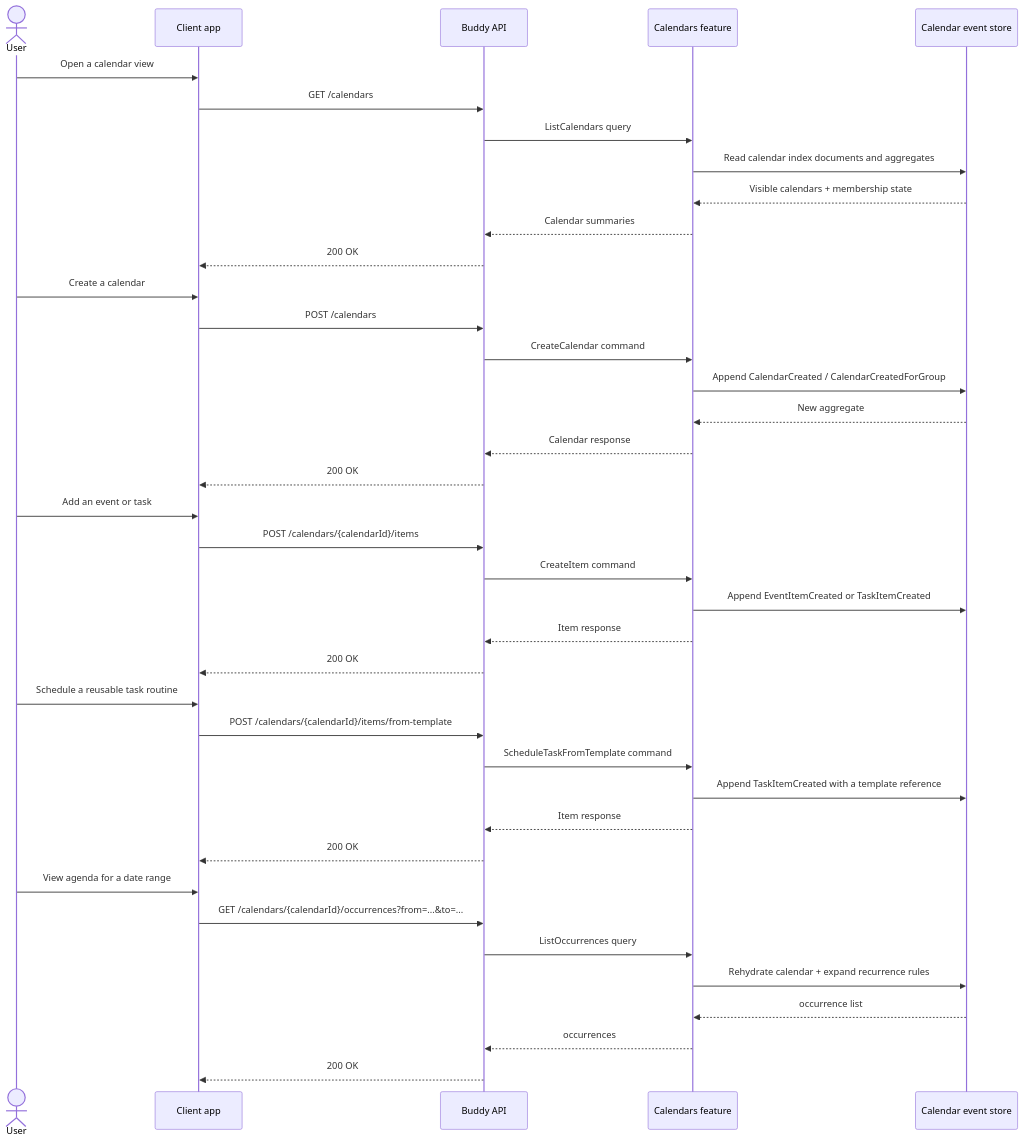
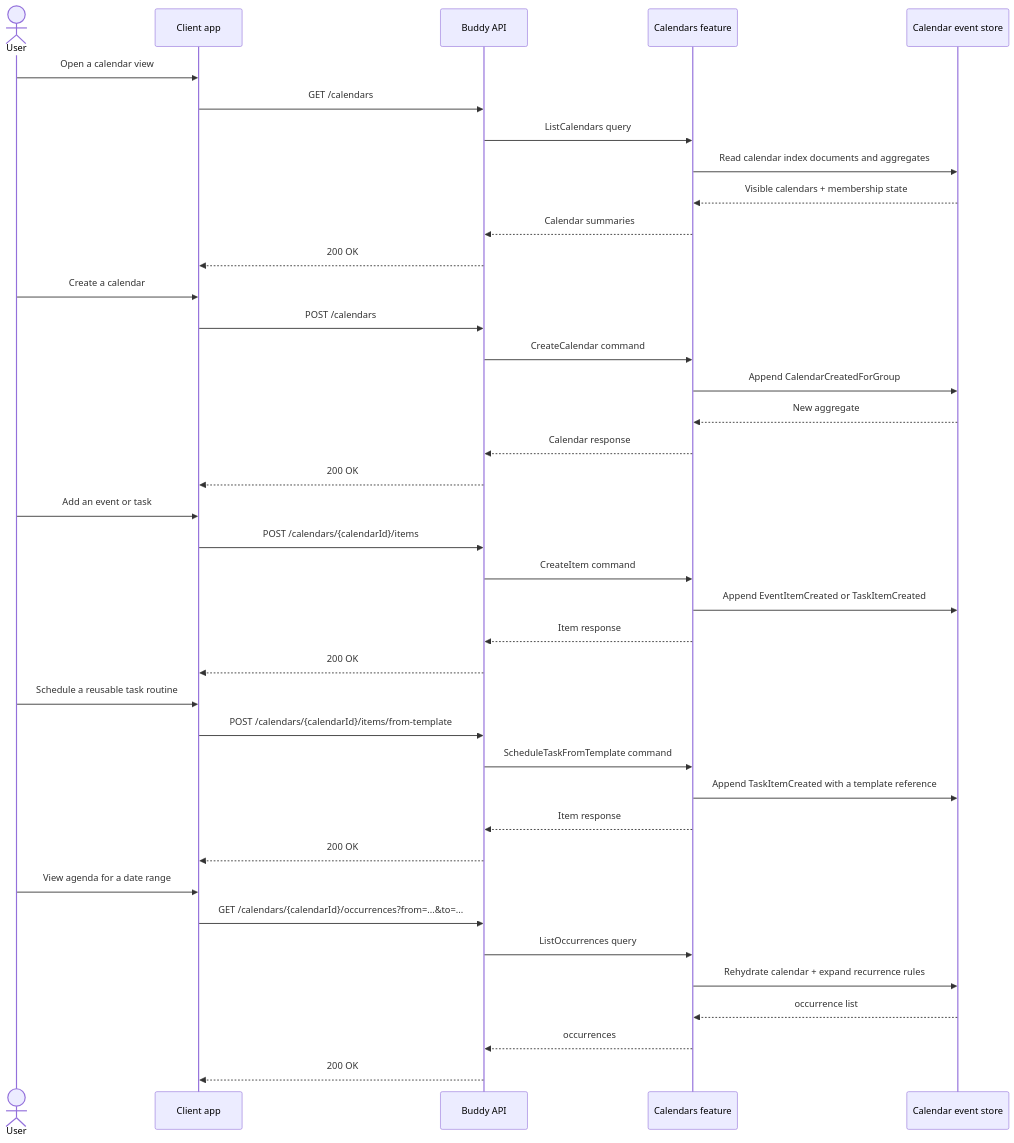
The diagram in docs/backend/calendars/flow.md (kimipsen/buddy), drawn with Mermaid before and after one commit. The commit also changed other lines of this file and 86 other files, not shown here.

````diff
--- a/docs/backend/calendars/flow.md
+++ b/docs/backend/calendars/flow.md
@@ -5,46 +5,46 @@
 ```mermaid
 sequenceDiagram
     actor User
     participant App as Client app
     participant API as Buddy API
     participant Calendars as Calendars feature
     participant Store as Calendar event store
 
     User->>App: Open a calendar view
     App->>API: GET /calendars
     API->>Calendars: ListCalendars query
     Calendars->>Store: Read calendar index documents and aggregates
     Store-->>Calendars: Visible calendars + membership state
     Calendars-->>API: Calendar summaries
     API-->>App: 200 OK
 
     User->>App: Create a calendar
     App->>API: POST /calendars
     API->>Calendars: CreateCalendar command
-    Calendars->>Store: Append CalendarCreated / CalendarCreatedForGroup
+    Calendars->>Store: Append CalendarCreatedForGroup
     Store-->>Calendars: New aggregate
     Calendars-->>API: Calendar response
     API-->>App: 200 OK
 
     User->>App: Add an event or task
     App->>API: POST /calendars/{calendarId}/items
     API->>Calendars: CreateItem command
     Calendars->>Store: Append EventItemCreated or TaskItemCreated
     Calendars-->>API: Item response
     API-->>App: 200 OK
 
     User->>App: Schedule a reusable task routine
     App->>API: POST /calendars/{calendarId}/items/from-template
     API->>Calendars: ScheduleTaskFromTemplate command
     Calendars->>Store: Append TaskItemCreated with a template reference
     Calendars-->>API: Item response
     API-->>App: 200 OK
 
     User->>App: View agenda for a date range
     App->>API: GET /calendars/{calendarId}/occurrences?from=...&to=...
     API->>Calendars: ListOccurrences query
     Calendars->>Store: Rehydrate calendar + expand recurrence rules
     Store-->>Calendars: occurrence list
     Calendars-->>API: occurrences
     API-->>App: 200 OK
 ```
````
